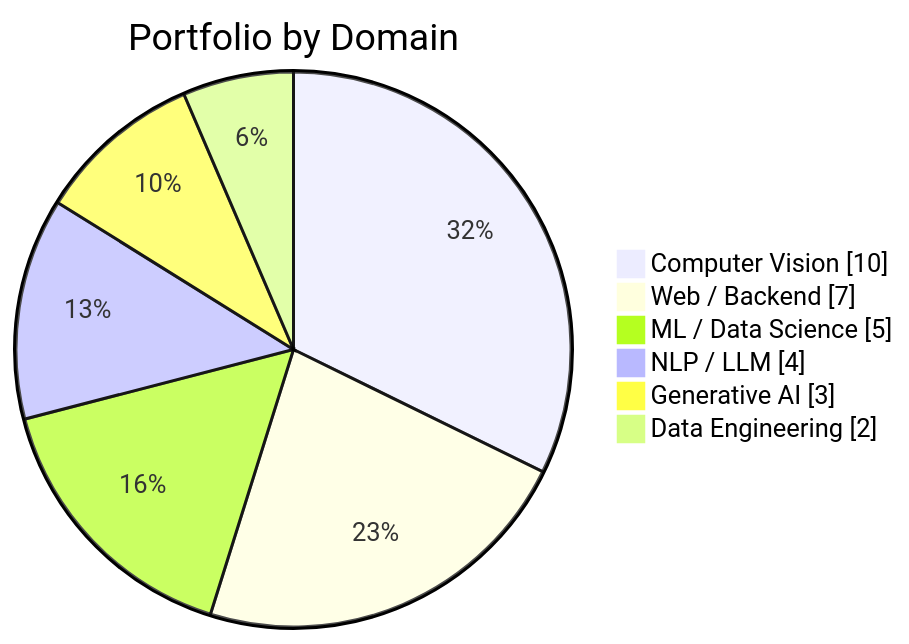
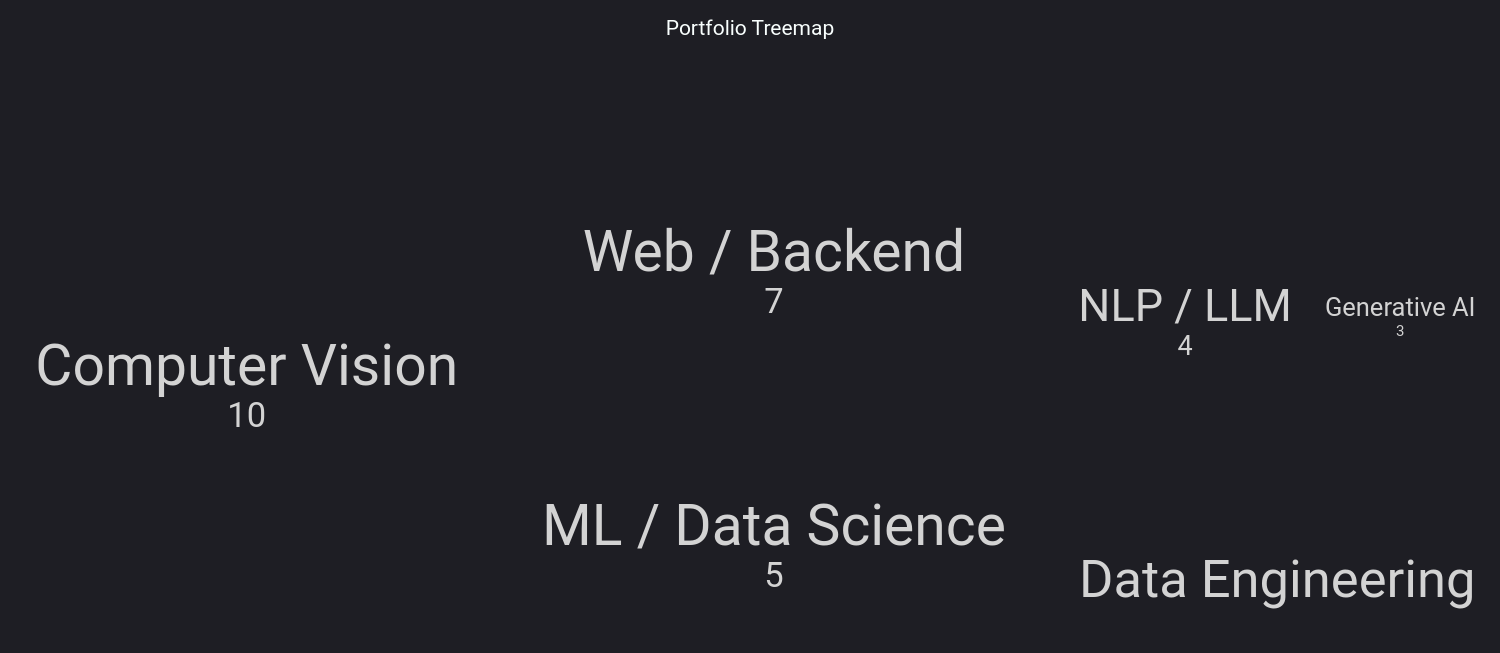
Before and after one commit to danishjavedcodes/danishjavedcodes: the second of 2 diagrams in README.md, drawn with Mermaid. The commit also changed other lines of this file, not shown here.

````diff
--- a/README.md
+++ b/README.md
@@ -118,10 +177,11 @@
 ```mermaid
-pie showData
-    title Portfolio by Domain
-    "Computer Vision" : 10
-    "Web / Backend" : 7
-    "ML / Data Science" : 5
-    "NLP / LLM" : 4
-    "Generative AI" : 3
-    "Data Engineering" : 2
+%%{init: {'theme': 'dark'}}%%
+treemap-beta
+    title Portfolio Treemap
+    "Computer Vision": 10
+    "Web / Backend": 7
+    "ML / Data Science": 5
+    "NLP / LLM": 4
+    "Generative AI": 3
+    "Data Engineering": 2
 ```
````
